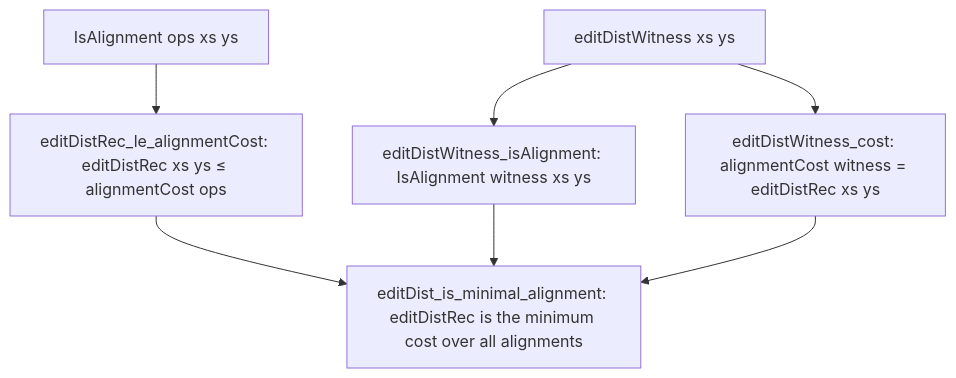
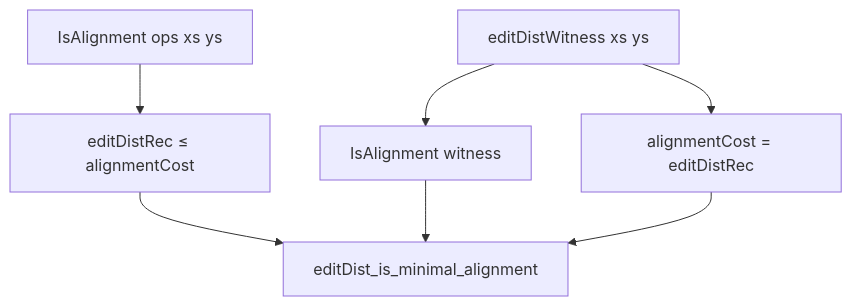
Before and after one commit to tanaeem-moosa/amort: the diagram in Amort/String/EditDistance.md, drawn with Mermaid. The commit also changed other lines of this file and 169 other files, not shown here.

````diff
--- a/Amort/String/EditDistance.md
+++ b/Amort/String/EditDistance.md
@@ -72,11 +81,11 @@
 ```mermaid
 graph TD
-    IsAlignmentDef["IsAlignment ops xs ys"] --> Soundness["editDistRec_le_alignmentCost: editDistRec xs ys ≤ alignmentCost ops"]
+    IsAlignmentDef["IsAlignment ops xs ys"] --> Soundness["editDistRec ≤ alignmentCost"]
     
-    editDistWitnessDef["editDistWitness xs ys"] --> WitnessValid["editDistWitness_isAlignment: IsAlignment witness xs ys"]
-    editDistWitnessDef --> WitnessCost["editDistWitness_cost: alignmentCost witness = editDistRec xs ys"]
+    editDistWitnessDef["editDistWitness xs ys"] --> WitnessValid["IsAlignment witness"]
+    editDistWitnessDef --> WitnessCost["alignmentCost = editDistRec"]
     
-    Soundness --> MinimalOptimality["editDist_is_minimal_alignment: editDistRec is the minimum cost over all alignments"]
+    Soundness --> MinimalOptimality["editDist_is_minimal_alignment"]
     WitnessValid --> MinimalOptimality
     WitnessCost --> MinimalOptimality
 ```
````
